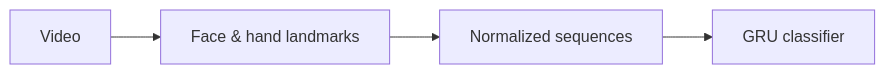
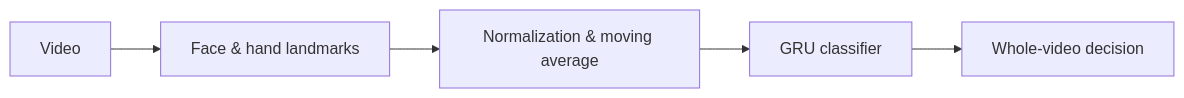
One commit to kangnam7654/english_assessment_systems changed the diagram in presentation_attitude_assessment/README.en.md. Above: the diagram before and after it, drawn with Mermaid. The commit also changed other lines of this file and 8 other files, not shown here.

````diff
--- a/presentation_attitude_assessment/README.en.md
+++ b/presentation_attitude_assessment/README.en.md
@@ -17,6 +16,7 @@
 ```mermaid
 flowchart LR
     A[Video] --> B[Face & hand landmarks]
-    B --> C[Normalized sequences]
+    B --> C[Normalization & moving average]
     C --> D[GRU classifier]
+    D --> E[Whole-video decision]
 ```
````
